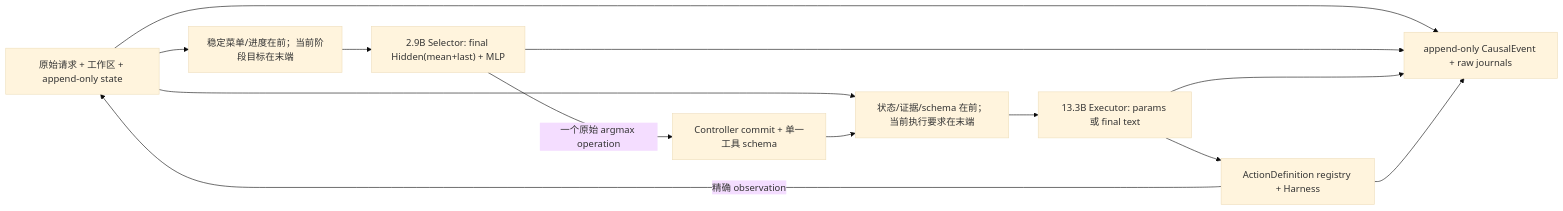
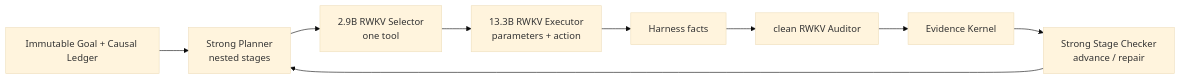
One commit to rwkv-rs/RWKV-LH changed the diagram in README.md. Above: the diagram before and after it, drawn with Mermaid (base theme). The commit also changed other lines of this file and 82 other files, not shown here.

Commit message:
refactor: simplify the RWKV stateful goal loop

````diff
--- a/README.md
+++ b/README.md
@@ -22,12 +9,11 @@
 ```mermaid
 flowchart LR
-    U["原始请求 + 工作区 + append-only state"] --> SP["稳定菜单/进度在前；当前阶段目标在末端"]
-    SP --> S["2.9B Selector: final Hidden(mean+last) + MLP"]
-    S -->|"一个原始 argmax operation"| C["Controller commit + 单一工具 schema"]
-    U --> EP["状态/证据/schema 在前；当前执行要求在末端"]
-    C --> EP
-    EP --> X["13.3B Executor: params 或 final text"]
-    X --> H["ActionDefinition registry + Harness"]
-    H -->|"精确 observation"| U
-    U & S & X & H --> E["append-only CausalEvent + raw journals"]
+    G["Immutable Goal + Causal Ledger"] --> P["Strong Planner<br/>nested stages"]
+    P --> S["2.9B RWKV Selector<br/>one tool"]
+    S --> E["13.3B RWKV Executor<br/>parameters + action"]
+    E --> H["Harness facts"]
+    H --> A["clean RWKV Auditor"]
+    A --> K["Evidence Kernel"]
+    K --> C["Strong Stage Checker<br/>advance / repair"]
+    C --> P
 ```
````
